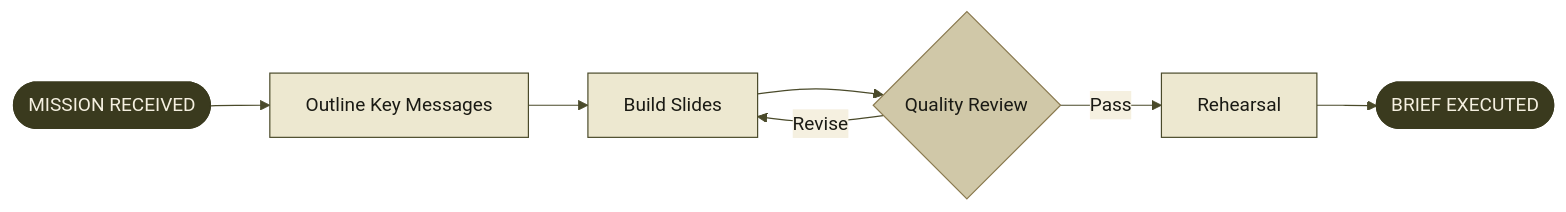
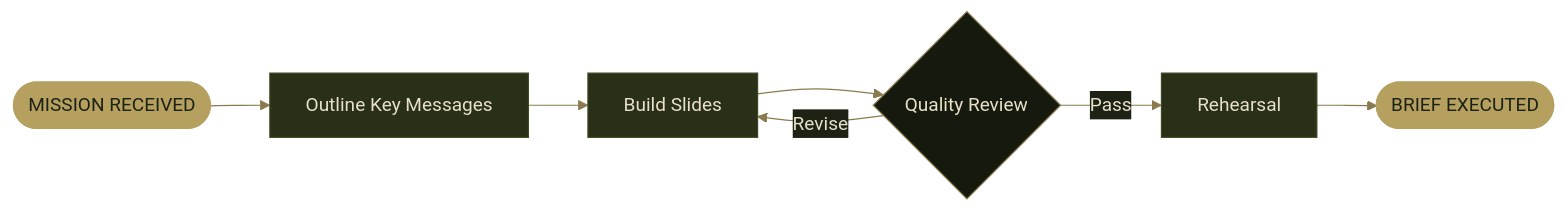
One commit to pjdoland/slidev-theme-field-manual changed the first of 3 diagrams in example.md. Above: the diagram before and after it, drawn with Mermaid. The commit also changed other lines of this file and 6 other files, not shown here.

````diff
--- a/example.md
+++ b/example.md
@@ -678,16 +774,16 @@
 ```mermaid
-%%{init: {'theme': 'base', 'flowchart': {'useMaxWidth': true}, 'themeVariables': {'background': '#f5f0e0', 'primaryColor': '#ede8d0', 'primaryTextColor': '#1a1a14', 'primaryBorderColor': '#8a7a50', 'lineColor': '#4a4a2a', 'titleColor': '#3a3a1e', 'edgeLabelBackground': '#f5f0e0'}}}%%
+%%{init: {'theme': 'base', 'flowchart': {'useMaxWidth': true}, 'themeVariables': {'background': '#1e2214', 'primaryColor': '#2a3018', 'primaryTextColor': '#e8e0c8', 'primaryBorderColor': '#3d4a22', 'lineColor': '#8a7a50', 'titleColor': '#e8e0c8', 'edgeLabelBackground': '#1e2214'}}}%%
 flowchart LR
     A([MISSION RECEIVED]) --> B[Outline Key Messages]
     B --> C[Build Slides]
     C --> D{Quality Review}
     D -- Pass --> E[Rehearsal]
     D -- Revise --> C
     E --> F([BRIEF EXECUTED])
-    classDef terminal fill:#3a3a1e,stroke:#3a3a1e,color:#f5f0e0
-    classDef step fill:#ede8d0,stroke:#4a4a2a,color:#1a1a14
-    classDef decision fill:#d0c8a8,stroke:#8a7a50,color:#1a1a14
+    classDef terminal fill:#b5a060,stroke:#b5a060,color:#1e2214
+    classDef step fill:#2a3018,stroke:#3d4a22,color:#e8e0c8
+    classDef decision fill:#161a0e,stroke:#8a7a50,color:#e8e0c8
     class A,F terminal
     class B,C,E step
     class D decision
 ```
````
